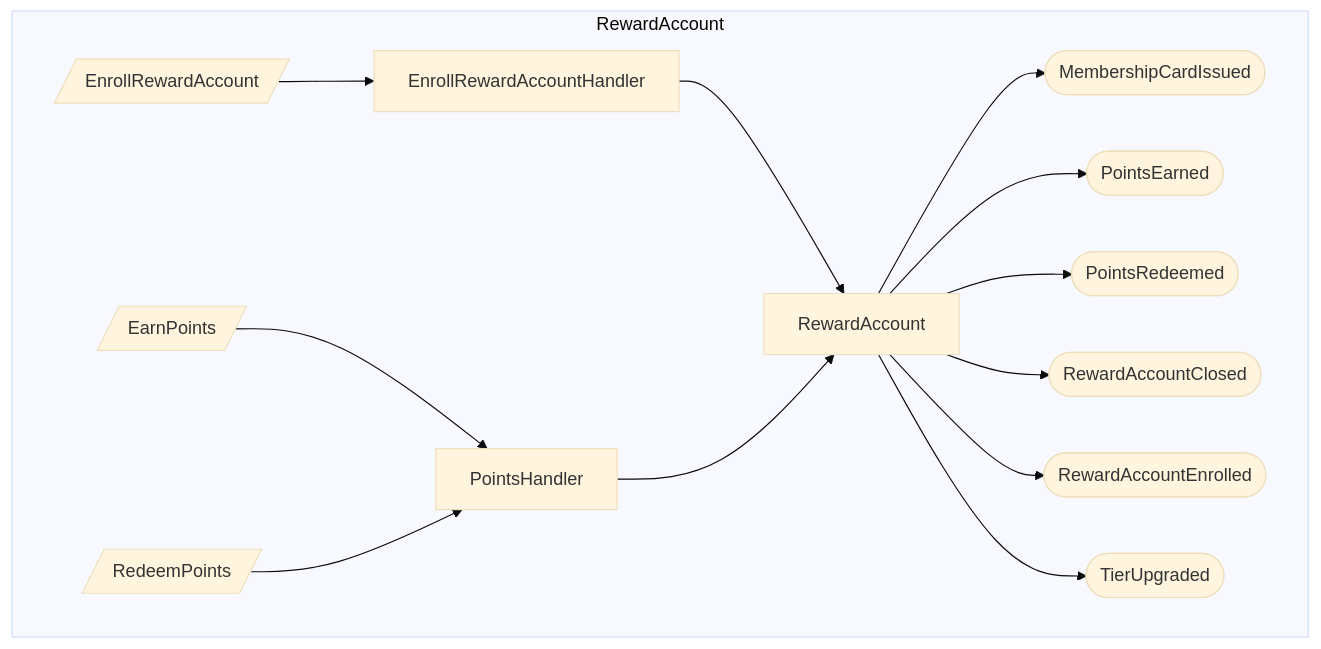
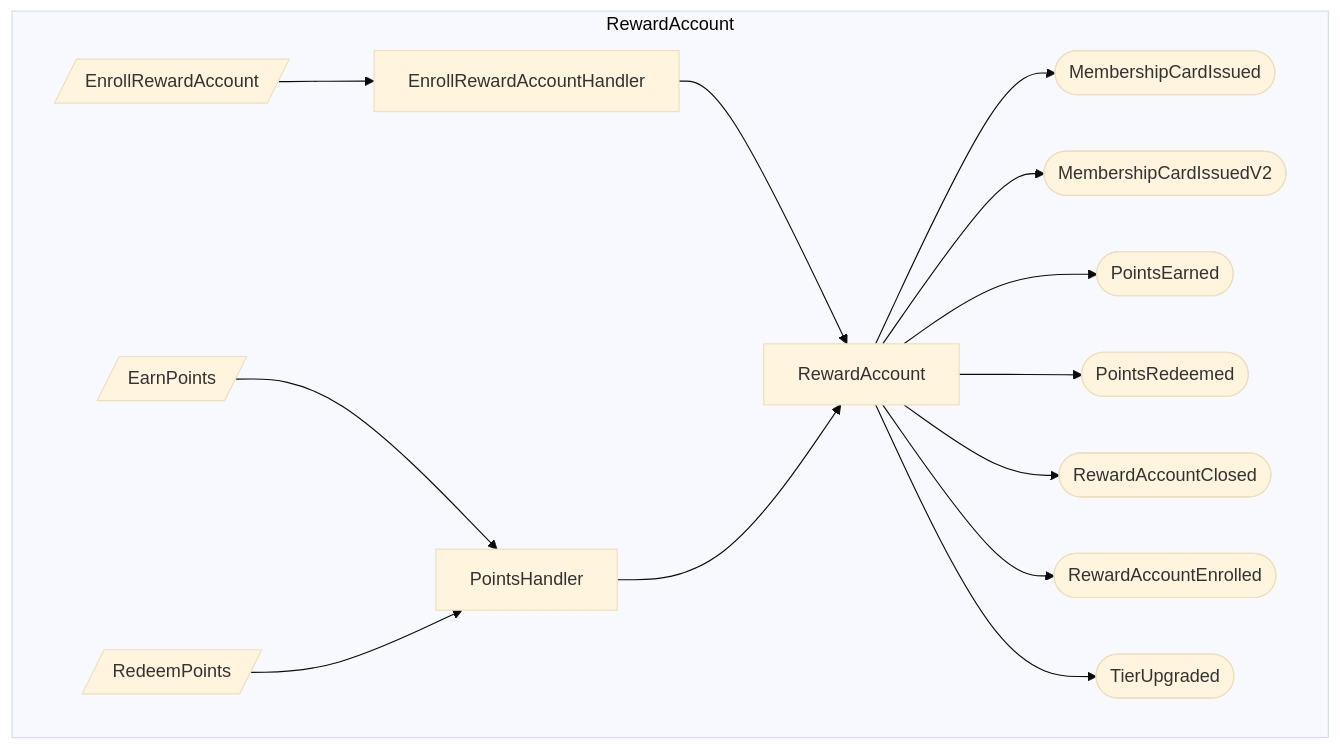
Before and after one commit to proteanhq/shopstream: the fifth of 6 diagrams in docs/loyalty/event-flows.md, drawn with Mermaid (base theme). The commit also changed 16 other files, not shown here.

First line of the commit message:
Evolve loyalty events with renamed_from and superseded_by (#120)

````diff
--- a/docs/loyalty/event-flows.md
+++ b/docs/loyalty/event-flows.md
@@ -87,28 +87,30 @@
 ```mermaid
 flowchart TD
     subgraph loyalty_reward_reward_account_RewardAccount[RewardAccount]
         agg_loyalty_reward_reward_account_RewardAccount[RewardAccount]
         cmd_loyalty_reward_enrollment_EnrollRewardAccount[/EnrollRewardAccount/]
         cmd_loyalty_reward_points_EarnPoints[/EarnPoints/]
         cmd_loyalty_reward_points_RedeemPoints[/RedeemPoints/]
         evt_loyalty_reward_events_MembershipCardIssued([MembershipCardIssued])
+        evt_loyalty_reward_events_MembershipCardIssuedV2([MembershipCardIssuedV2])
         evt_loyalty_reward_events_PointsEarned([PointsEarned])
         evt_loyalty_reward_events_PointsRedeemed([PointsRedeemed])
         evt_loyalty_reward_events_RewardAccountClosed([RewardAccountClosed])
         evt_loyalty_reward_events_RewardAccountEnrolled([RewardAccountEnrolled])
         evt_loyalty_reward_events_TierUpgraded([TierUpgraded])
         hdlr_loyalty_reward_enrollment_EnrollRewardAccountHandler[EnrollRewardAccountHandler]
         hdlr_loyalty_reward_points_PointsHandler[PointsHandler]
     end
     cmd_loyalty_reward_enrollment_EnrollRewardAccount --> hdlr_loyalty_reward_enrollment_EnrollRewardAccountHandler
     hdlr_loyalty_reward_enrollment_EnrollRewardAccountHandler --> agg_loyalty_reward_reward_account_RewardAccount
     cmd_loyalty_reward_points_EarnPoints --> hdlr_loyalty_reward_points_PointsHandler
     cmd_loyalty_reward_points_RedeemPoints --> hdlr_loyalty_reward_points_PointsHandler
     hdlr_loyalty_reward_points_PointsHandler --> agg_loyalty_reward_reward_account_RewardAccount
     agg_loyalty_reward_reward_account_RewardAccount --> evt_loyalty_reward_events_MembershipCardIssued
+    agg_loyalty_reward_reward_account_RewardAccount --> evt_loyalty_reward_events_MembershipCardIssuedV2
     agg_loyalty_reward_reward_account_RewardAccount --> evt_loyalty_reward_events_PointsEarned
     agg_loyalty_reward_reward_account_RewardAccount --> evt_loyalty_reward_events_PointsRedeemed
     agg_loyalty_reward_reward_account_RewardAccount --> evt_loyalty_reward_events_RewardAccountClosed
     agg_loyalty_reward_reward_account_RewardAccount --> evt_loyalty_reward_events_RewardAccountEnrolled
     agg_loyalty_reward_reward_account_RewardAccount --> evt_loyalty_reward_events_TierUpgraded
 ```
````
